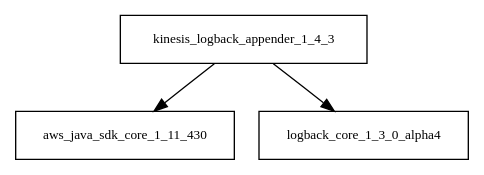
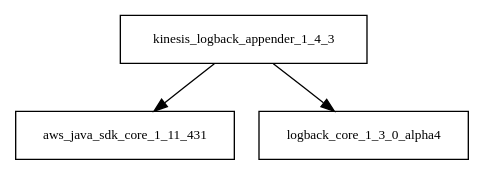
One commit to Hack23/cia changed the diagram in tattleTaleReport/graphviz/kinesis-logback-appender-1.4.3.jar/kinesis-logback-appender-1.4.3.jar.dot. Above: the diagram before and after it, drawn with Graphviz. The commit also changed 1393 other files, not shown here.

```diff
--- a/tattleTaleReport/graphviz/kinesis-logback-appender-1.4.3.jar/kinesis-logback-appender-1.4.3.jar.dot
+++ b/tattleTaleReport/graphviz/kinesis-logback-appender-1.4.3.jar/kinesis-logback-appender-1.4.3.jar.dot
@@ -1,5 +1,5 @@
 digraph kinesis_logback_appender_1_4_3_dependencies {
   node [shape = box, fontsize=10.0];
-  kinesis_logback_appender_1_4_3 -> aws_java_sdk_core_1_11_430;
+  kinesis_logback_appender_1_4_3 -> aws_java_sdk_core_1_11_431;
   kinesis_logback_appender_1_4_3 -> logback_core_1_3_0_alpha4;
 }
```
